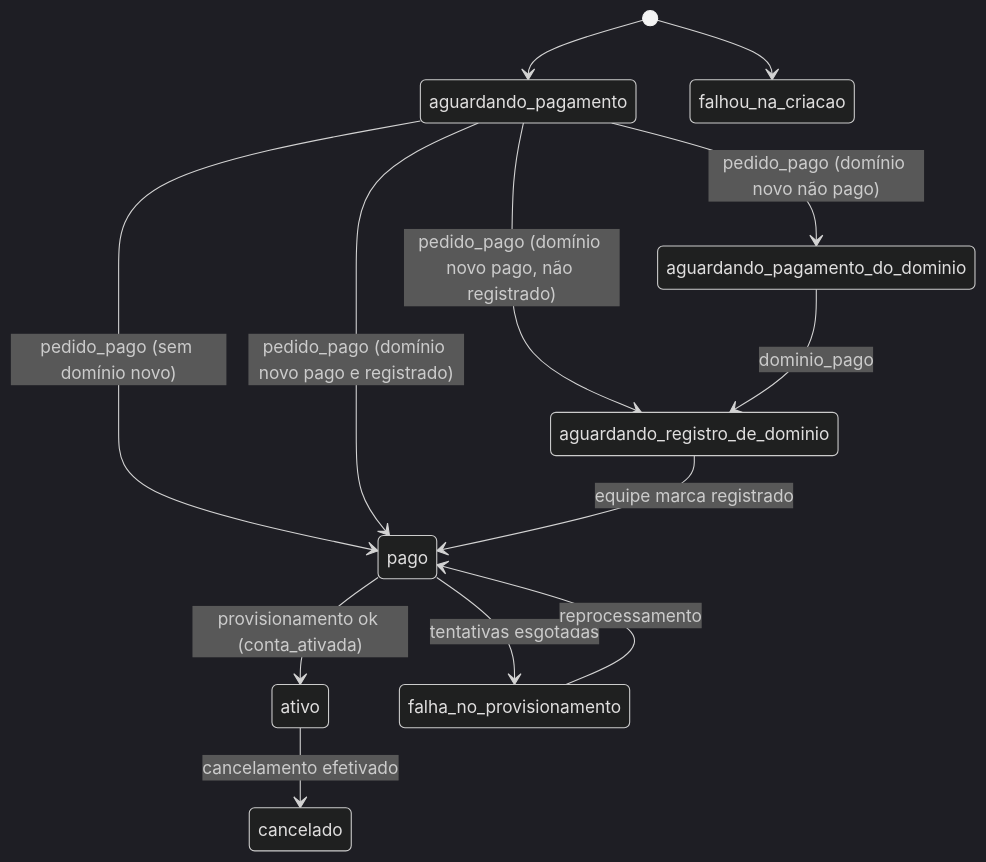
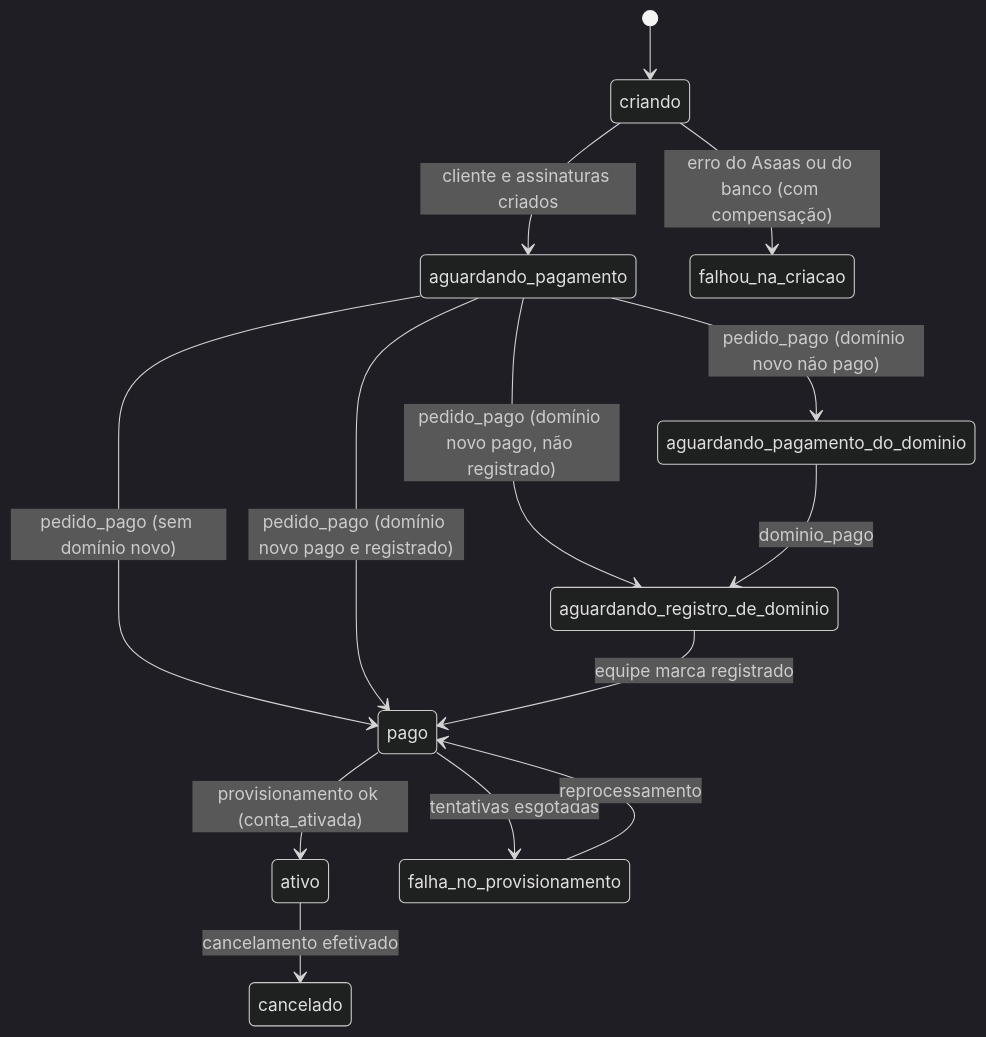
One commit to cit-tecnologia/citmail changed the second of 3 diagrams in docs/adr/anexos/modelo-de-dados.md. Above: the diagram before and after it, drawn with Mermaid (dark theme). The commit also changed other lines of this file and 5 other files, not shown here.

````diff
--- a/docs/adr/anexos/modelo-de-dados.md
+++ b/docs/adr/anexos/modelo-de-dados.md
@@ -150,15 +160,16 @@
 ```mermaid
 stateDiagram-v2
-  [*] --> aguardando_pagamento
-  [*] --> falhou_na_criacao
+  [*] --> criando
+  criando --> aguardando_pagamento: cliente e assinaturas criados
+  criando --> falhou_na_criacao: erro do Asaas ou do banco (com compensação)
   aguardando_pagamento --> pago: pedido_pago (sem domínio novo)
   aguardando_pagamento --> aguardando_pagamento_do_dominio: pedido_pago (domínio novo não pago)
   aguardando_pagamento --> aguardando_registro_de_dominio: pedido_pago (domínio novo pago, não registrado)
   aguardando_pagamento --> pago: pedido_pago (domínio novo pago e registrado)
   aguardando_pagamento_do_dominio --> aguardando_registro_de_dominio: dominio_pago
   aguardando_registro_de_dominio --> pago: equipe marca registrado
   pago --> ativo: provisionamento ok (conta_ativada)
   pago --> falha_no_provisionamento: tentativas esgotadas
   falha_no_provisionamento --> pago: reprocessamento
   ativo --> cancelado: cancelamento efetivado
 ```
````
